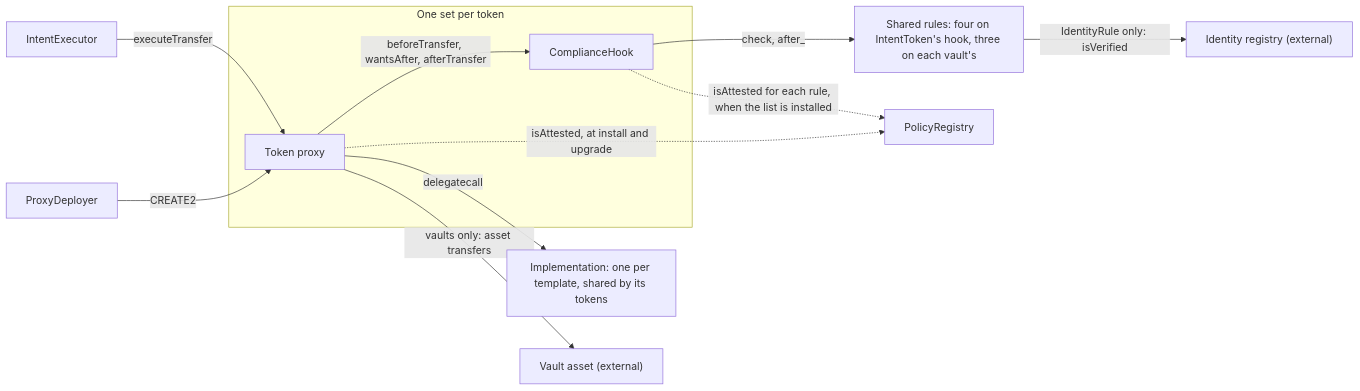
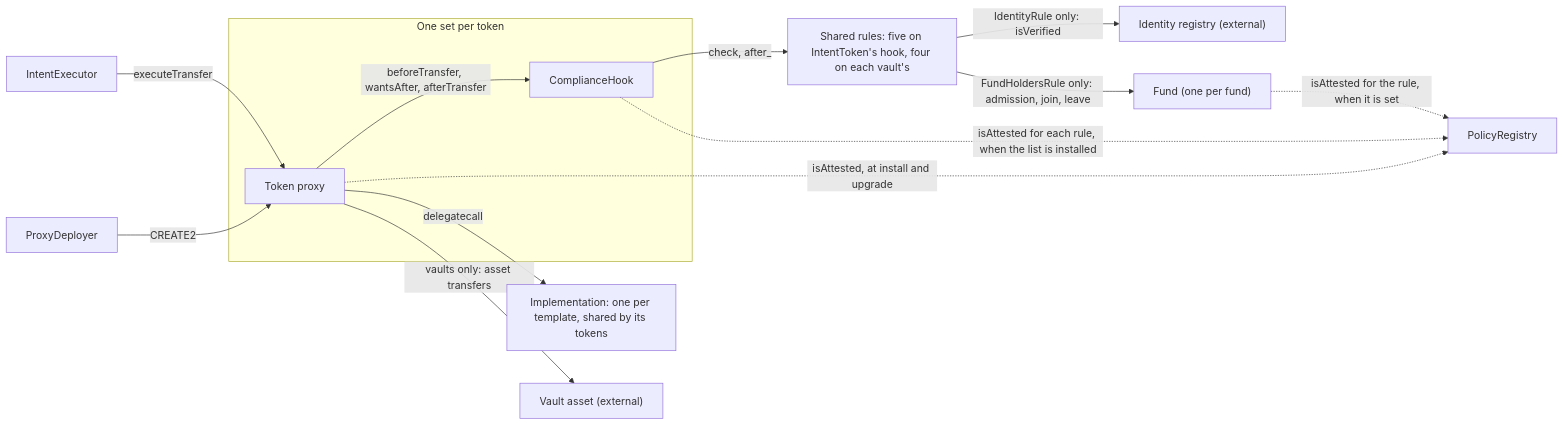
Before and after one commit to fepvenancio/rwa-token: the first of 3 diagrams in docs/architecture.md, drawn with Mermaid. The commit also changed other lines of this file and 29 other files, not shown here.

````diff
--- a/docs/architecture.md
+++ b/docs/architecture.md
@@ -35,16 +38,18 @@
 ```mermaid
 flowchart LR
   PD["ProxyDeployer"] -->|"CREATE2"| Proxy
   Exec["IntentExecutor"] -->|"executeTransfer"| Proxy
   subgraph PerToken["One set per token"]
     Proxy["Token proxy"]
     Hook["ComplianceHook"]
     Proxy -->|"beforeTransfer, wantsAfter, afterTransfer"| Hook
   end
   Proxy -->|"delegatecall"| Impl["Implementation: one per template, shared by its tokens"]
-  Hook -->|"check, after_"| Rules["Shared rules: four on IntentToken's hook, three on each vault's"]
+  Hook -->|"check, after_"| Rules["Shared rules: five on IntentToken's hook, four on each vault's"]
   Rules -->|"IdentityRule only: isVerified"| IdReg["Identity registry (external)"]
+  Rules -->|"FundHoldersRule only: admission, join, leave"| Fund["Fund (one per fund)"]
   Proxy -->|"vaults only: asset transfers"| Asset["Vault asset (external)"]
   Proxy -.->|"isAttested, at install and upgrade"| Reg["PolicyRegistry"]
   Hook -.->|"isAttested for each rule, when the list is installed"| Reg
+  Fund -.->|"isAttested for the rule, when it is set"| Reg
 ```
````
